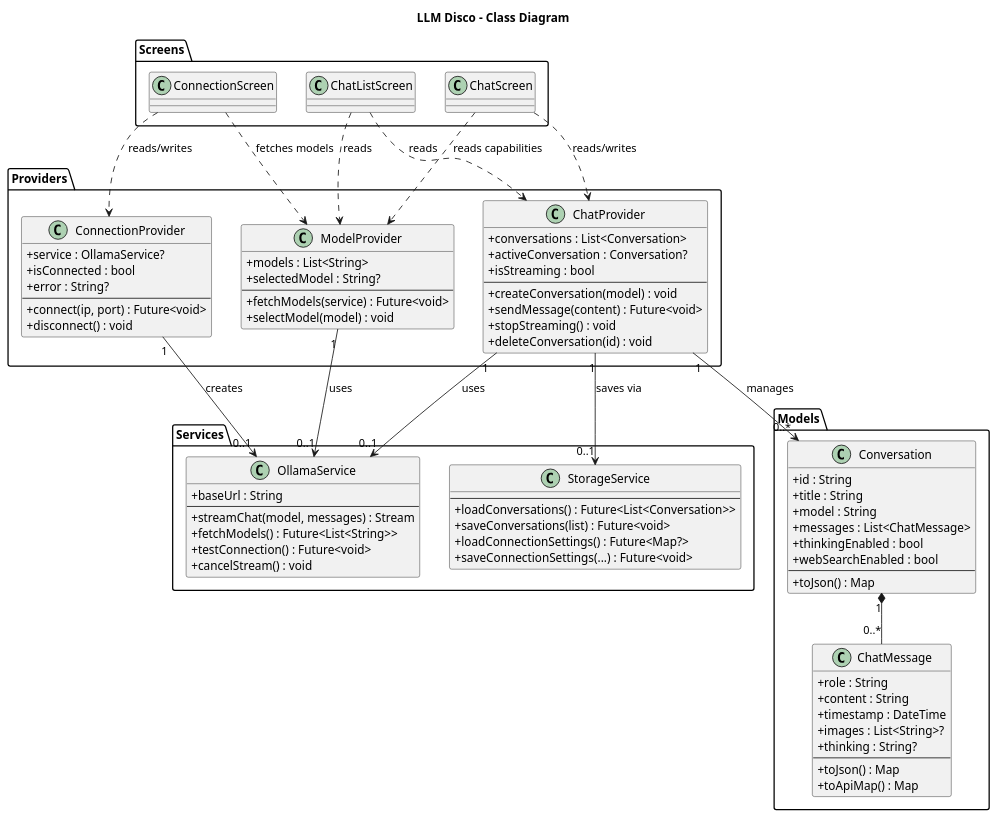
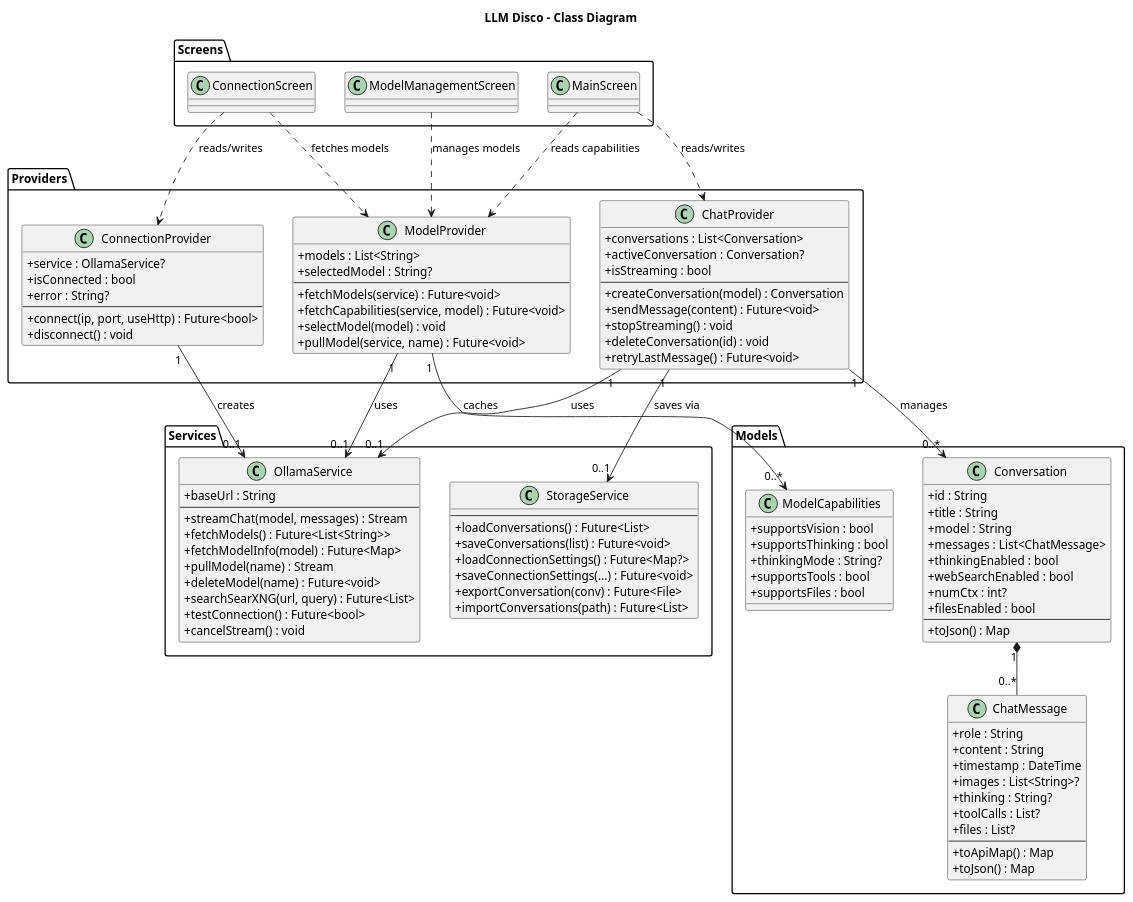
Before and after one commit to shamanchikq/llm_disco: the first of 3 diagrams in uml_diagrams.puml, drawn with PlantUML. The commit also changed other lines of this file and 7 other files, not shown here.

```diff
--- a/uml_diagrams.puml
+++ b/uml_diagrams.puml
@@ -1,100 +1,121 @@
 @startuml LLM_Disco_Class_Diagram
 title LLM Disco - Class Diagram
 
 skinparam classAttributeIconSize 0
 
 package "Models" {
   class ChatMessage {
     + role : String
     + content : String
     + timestamp : DateTime
     + images : List<String>?
     + thinking : String?
+    + toolCalls : List?
+    + files : List?
     --
+    + toApiMap() : Map
     + toJson() : Map
-    + toApiMap() : Map
   }
 
   class Conversation {
     + id : String
     + title : String
     + model : String
     + messages : List<ChatMessage>
     + thinkingEnabled : bool
     + webSearchEnabled : bool
+    + numCtx : int?
+    + filesEnabled : bool
     --
     + toJson() : Map
+  }
+
+  class ModelCapabilities {
+    + supportsVision : bool
+    + supportsThinking : bool
+    + thinkingMode : String?
+    + supportsTools : bool
+    + supportsFiles : bool
   }
 
   Conversation "1" *-- "0..*" ChatMessage
 }
 
 package "Services" {
   class OllamaService {
     + baseUrl : String
     --
     + streamChat(model, messages) : Stream
     + fetchModels() : Future<List<String>>
-    + testConnection() : Future<void>
+    + fetchModelInfo(model) : Future<Map>
+    + pullModel(name) : Stream
+    + deleteModel(name) : Future<void>
+    + searchSearXNG(url, query) : Future<List>
+    + testConnection() : Future<bool>
     + cancelStream() : void
   }
 
   class StorageService {
     --
-    + loadConversations() : Future<List<Conversation>>
+    + loadConversations() : Future<List>
     + saveConversations(list) : Future<void>
     + loadConnectionSettings() : Future<Map?>
     + saveConnectionSettings(...) : Future<void>
+    + exportConversation(conv) : Future<File>
+    + importConversations(path) : Future<List>
   }
 }
 
 package "Providers" {
   class ConnectionProvider {
     + service : OllamaService?
     + isConnected : bool
     + error : String?
     --
-    + connect(ip, port) : Future<void>
+    + connect(ip, port, useHttp) : Future<bool>
     + disconnect() : void
   }
 
   class ChatProvider {
     + conversations : List<Conversation>
     + activeConversation : Conversation?
     + isStreaming : bool
     --
-    + createConversation(model) : void
+    + createConversation(model) : Conversation
     + sendMessage(content) : Future<void>
     + stopStreaming() : void
     + deleteConversation(id) : void
+    + retryLastMessage() : Future<void>
   }
 
   class ModelProvider {
     + models : List<String>
     + selectedModel : String?
     --
     + fetchModels(service) : Future<void>
+    + fetchCapabilities(service, model) : Future<void>
     + selectModel(model) : void
+    + pullModel(service, name) : Future<void>
   }
 
   ConnectionProvider "1" --> "0..1" OllamaService : creates
   ChatProvider "1" --> "0..1" OllamaService : uses
   ChatProvider "1" --> "0..1" StorageService : saves via
   ChatProvider "1" --> "0..*" Conversation : manages
   ModelProvider "1" --> "0..1" OllamaService : uses
+  ModelProvider "1" --> "0..*" ModelCapabilities : caches
 }
 
 package "Screens" {
   class ConnectionScreen
-  class ChatListScreen
-  class ChatScreen
+  class MainScreen
+  class ModelManagementScreen
 
   ConnectionScreen ..> ConnectionProvider : reads/writes
   ConnectionScreen ..> ModelProvider : fetches models
-  ChatListScreen ..> ChatProvider : reads
-  ChatListScreen ..> ModelProvider : reads
-  ChatScreen ..> ChatProvider : reads/writes
-  ChatScreen ..> ModelProvider : reads capabilities
+  MainScreen ..> ChatProvider : reads/writes
+  MainScreen ..> ModelProvider : reads capabilities
+  ModelManagementScreen ..> ModelProvider : manages models
 }
 
 @enduml
```
